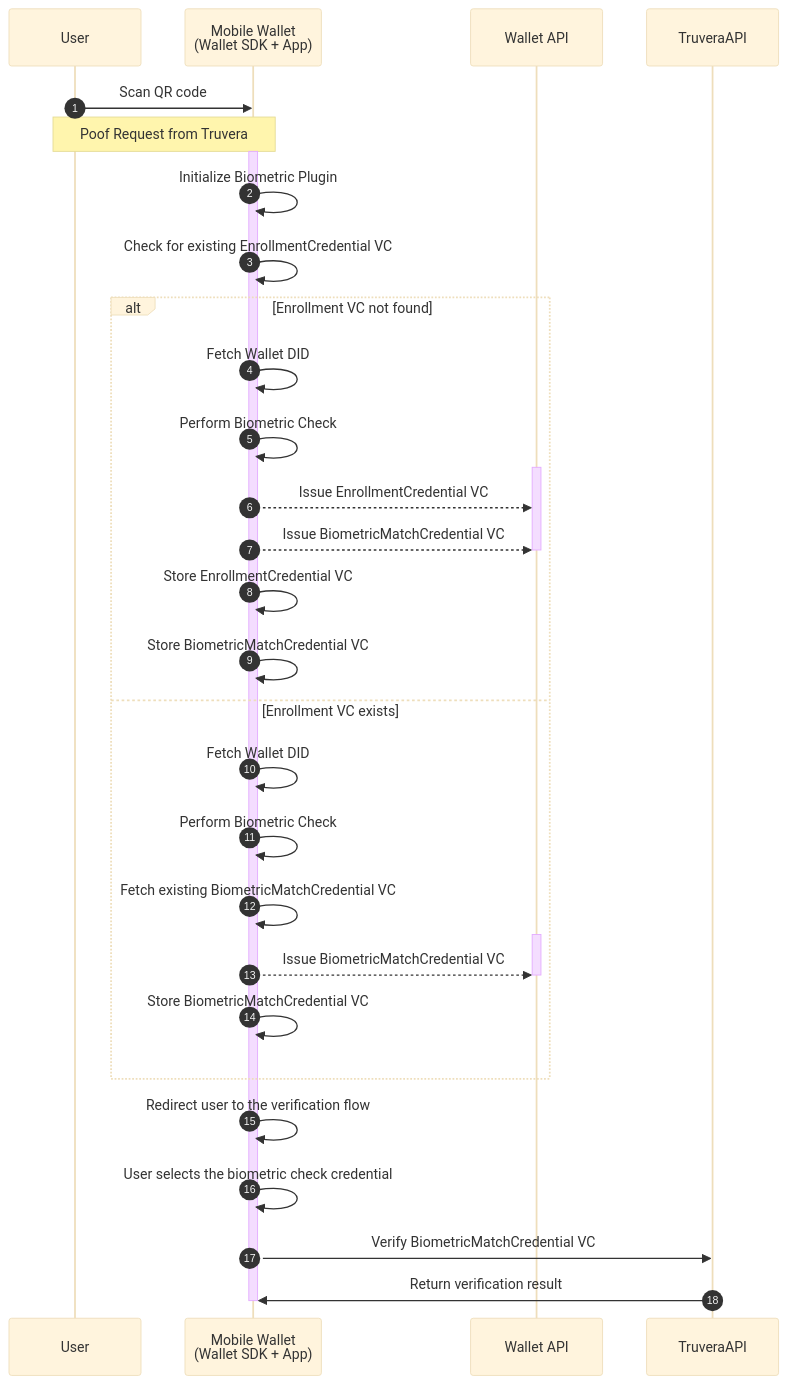
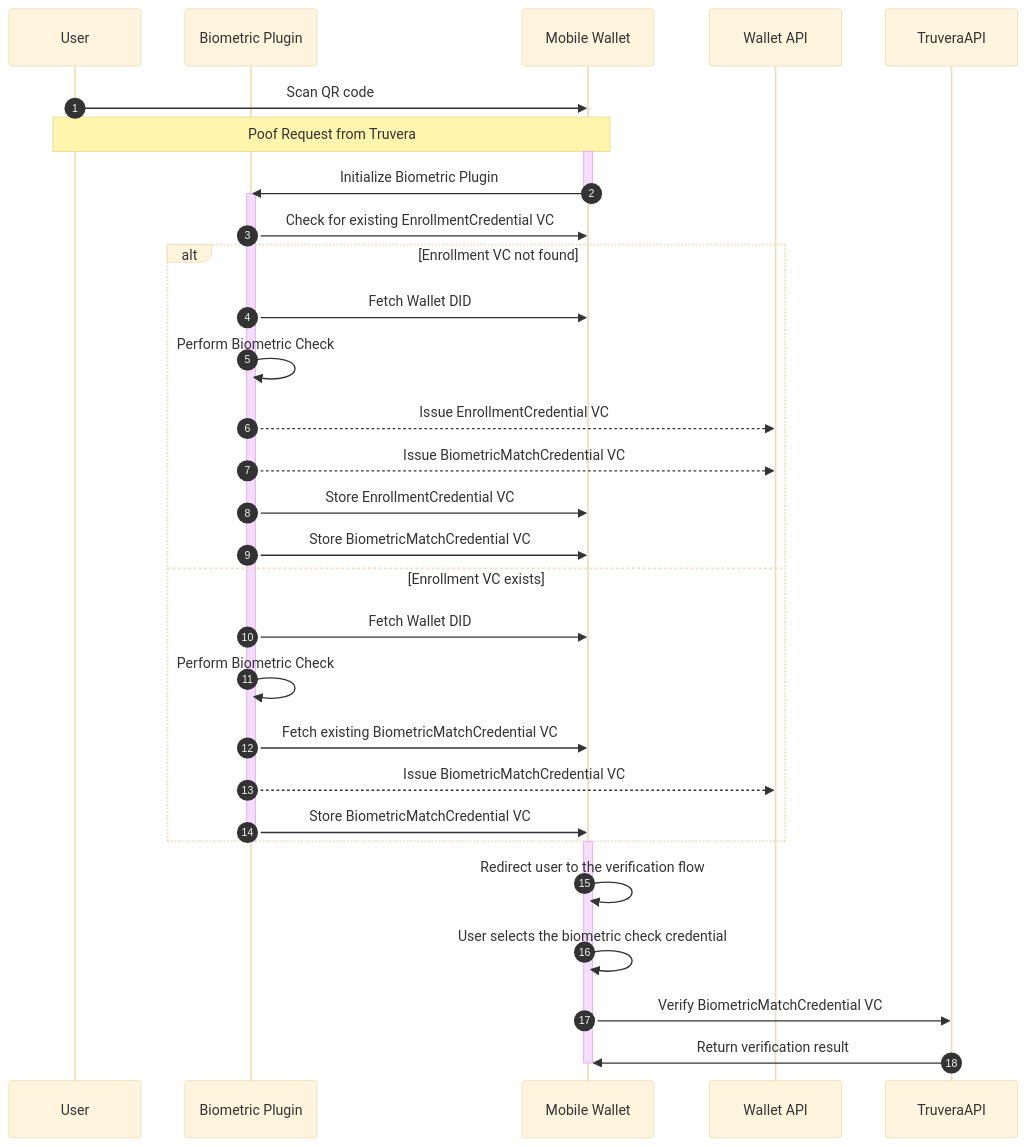
Before and after one commit to docknetwork/react-native-sdk: the diagram in docs/biometric-plugin.md, drawn with Mermaid (base theme).

Commit message:
add biometric plugin participant to the sequence diagram

````diff
--- a/docs/biometric-plugin.md
+++ b/docs/biometric-plugin.md
@@ -11,39 +11,40 @@
 ```mermaid
 sequenceDiagram
     autonumber
     participant User
-    participant MobileWallet as Mobile Wallet<br/>(Wallet SDK + App)
+    participant BiometricPlugin as Biometric Plugin
+    participant MobileWallet as Mobile Wallet
     participant WalletAPI as Wallet API
-    
-    %% --- BEGIN FLOW ---
+
     User ->> MobileWallet: Scan QR code
     note over User, MobileWallet: Poof Request from Truvera 
     activate MobileWallet
-    MobileWallet ->> MobileWallet: Initialize Biometric Plugin
-    MobileWallet ->> MobileWallet: Check for existing EnrollmentCredential VC
+    MobileWallet ->> BiometricPlugin: Initialize Biometric Plugin
+    deactivate MobileWallet
+    activate BiometricPlugin
+    BiometricPlugin ->> MobileWallet: Check for existing EnrollmentCredential VC
     
     alt Enrollment VC not found
-        MobileWallet ->> MobileWallet: Fetch Wallet DID
-        MobileWallet ->> MobileWallet: Perform Biometric Check
-        activate WalletAPI
-        MobileWallet -->> WalletAPI: Issue EnrollmentCredential VC
-        MobileWallet -->> WalletAPI: Issue BiometricMatchCredential VC
-        deactivate WalletAPI
-        MobileWallet ->> MobileWallet: Store EnrollmentCredential VC
-        MobileWallet ->> MobileWallet: Store BiometricMatchCredential VC
+        BiometricPlugin ->> MobileWallet: Fetch Wallet DID
+        BiometricPlugin ->> BiometricPlugin: Perform Biometric Check
+        BiometricPlugin -->> WalletAPI: Issue EnrollmentCredential VC
+        BiometricPlugin -->> WalletAPI: Issue BiometricMatchCredential VC
+        BiometricPlugin ->> MobileWallet: Store EnrollmentCredential VC
+        BiometricPlugin ->> MobileWallet: Store BiometricMatchCredential VC
+       
     else Enrollment VC exists
-        MobileWallet ->> MobileWallet: Fetch Wallet DID
-        MobileWallet ->> MobileWallet: Perform Biometric Check
-        MobileWallet ->> MobileWallet: Fetch existing BiometricMatchCredential VC
-        activate WalletAPI
-        MobileWallet -->> WalletAPI: Issue BiometricMatchCredential VC
-        deactivate WalletAPI
-        MobileWallet ->> MobileWallet: Store BiometricMatchCredential VC
+        BiometricPlugin ->> MobileWallet: Fetch Wallet DID
+        BiometricPlugin ->> BiometricPlugin: Perform Biometric Check
+        BiometricPlugin ->> MobileWallet: Fetch existing BiometricMatchCredential VC
+        BiometricPlugin -->> WalletAPI: Issue BiometricMatchCredential VC
+        BiometricPlugin ->> MobileWallet: Store BiometricMatchCredential VC
     end
+    deactivate BiometricPlugin
+    activate MobileWallet
     MobileWallet ->> MobileWallet: Redirect user to the verification flow
     MobileWallet ->> MobileWallet: User selects the biometric check credential
     MobileWallet ->> TruveraAPI: Verify BiometricMatchCredential VC
     TruveraAPI ->> MobileWallet: Return verification result
     deactivate MobileWallet
 
 ```
````
